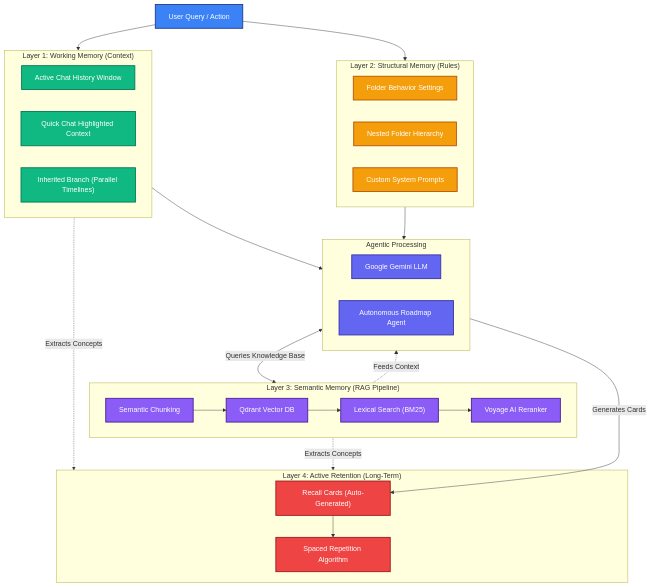
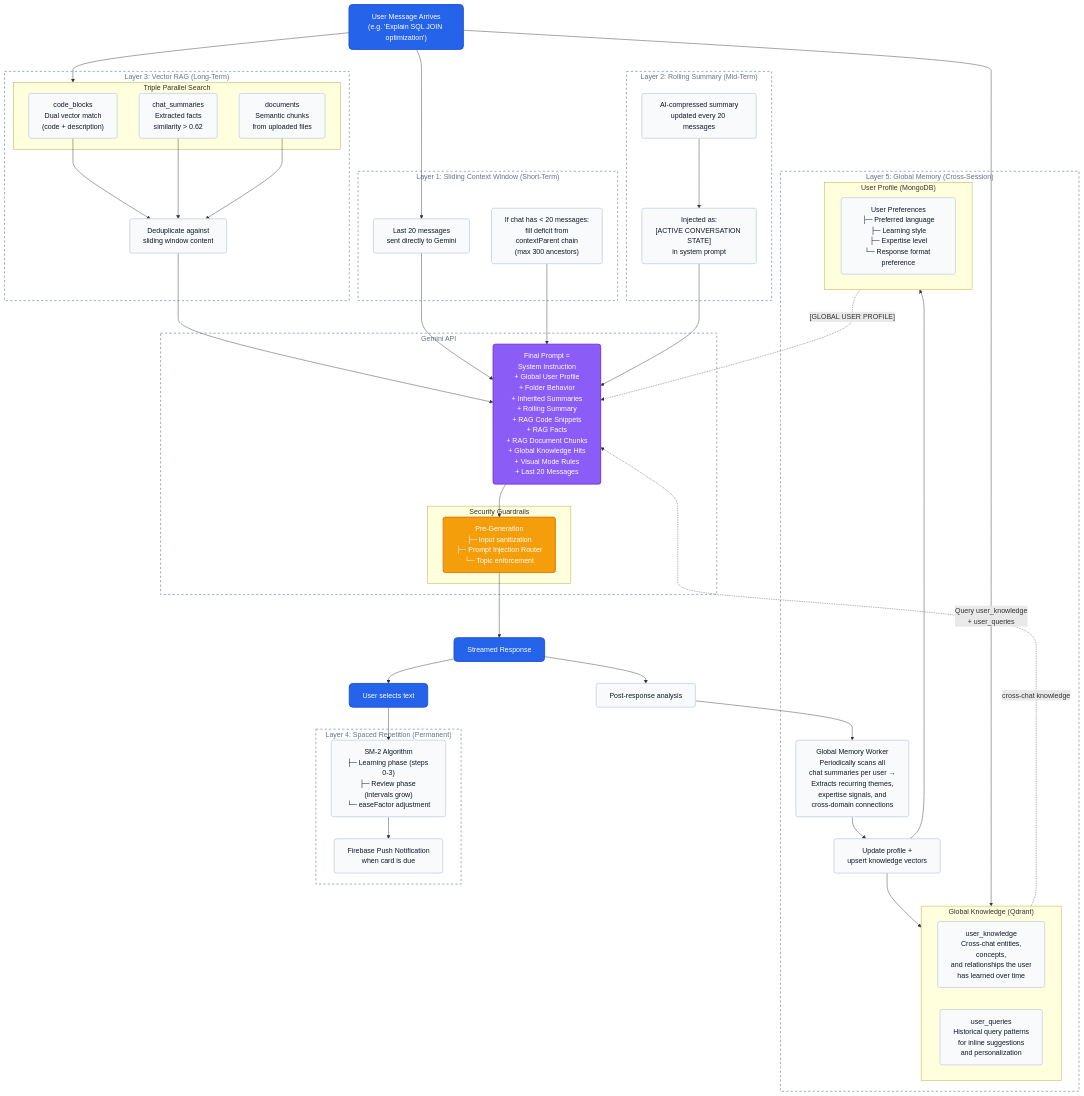
One commit to cjmatrix/Dendrite changed the diagram in memory_architecture.md. Above: the diagram before and after it, drawn with Mermaid. The commit also changed other lines of this file and 5 other files, not shown here.

````diff
--- a/memory_architecture.md
+++ b/memory_architecture.md
@@ -5,63 +5,104 @@
 ```mermaid
 graph TD
-    %% Define Styles
-    classDef user fill:#3b82f6,stroke:#1e3a8a,stroke-width:2px,color:#fff
-    classDef layer1 fill:#10b981,stroke:#047857,stroke-width:2px,color:#fff
-    classDef layer2 fill:#f59e0b,stroke:#b45309,stroke-width:2px,color:#fff
-    classDef layer3 fill:#8b5cf6,stroke:#4c1d95,stroke-width:2px,color:#fff
-    classDef layer4 fill:#ef4444,stroke:#991b1b,stroke-width:2px,color:#fff
-    classDef ai fill:#6366f1,stroke:#3730a3,stroke-width:2px,color:#fff
+    %% Define Professional Styles (Tailwind Inspired)
+    classDef user fill:#2563eb,stroke:#1d4ed8,stroke-width:2px,color:#ffffff,rx:8,ry:8
+    classDef innerProcess fill:#f8fafc,stroke:#cbd5e1,stroke-width:2px,color:#0f172a,rx:5,ry:5
+    classDef layerBox fill:none,stroke:#94a3b8,stroke-width:2px,stroke-dasharray: 5 5,color:#64748b
+    classDef guardrails fill:#f59e0b,stroke:#d97706,stroke-width:2px,color:#ffffff,rx:5,ry:5
+    classDef prompt fill:#8b5cf6,stroke:#6d28d9,stroke-width:2px,color:#ffffff,rx:5,ry:5
+    
+    UserMsg["User Message Arrives<br/>(e.g. 'Explain SQL JOIN optimization')"]:::user
 
-    User["User Query / Action"]:::user
-
-    subgraph Layer1 ["Layer 1: Working Memory (Context)"]
-        ChatContext["Active Chat History Window"]:::layer1
-        QuickChat["Quick Chat Highlighted Context"]:::layer1
-        InheritBranch["Inherited Branch (Parallel Timelines)"]:::layer1
+    %% Layer 3: Vector RAG (Long-Term)
+    subgraph L3 ["Layer 3: Vector RAG (Long-Term)"]
+        subgraph TPS ["Triple Parallel Search"]
+            L3_Code["code_blocks<br/>Dual vector match<br/>(code + description)"]:::innerProcess
+            L3_Chat["chat_summaries<br/>Extracted facts<br/>similarity > 0.62"]:::innerProcess
+            L3_Docs["documents<br/>Semantic chunks<br/>from uploaded files"]:::innerProcess
+        end
+        L3_Dedup["Deduplicate against<br/>sliding window content"]:::innerProcess
+        
+        L3_Code --> L3_Dedup
+        L3_Chat --> L3_Dedup
+        L3_Docs --> L3_Dedup
     end
 
-    subgraph Layer2 ["Layer 2: Structural Memory (Rules)"]
-        FolderBehavior["Folder Behavior Settings"]:::layer2
-        NestedStructure["Nested Folder Hierarchy"]:::layer2
-        SystemPrompt["Custom System Prompts"]:::layer2
+    %% Layer 1: Sliding Context Window
+    subgraph L1 ["Layer 1: Sliding Context Window (Short-Term)"]
+        L1_Window["Last 20 messages<br/>sent directly to Gemini"]:::innerProcess
+        L1_Deficit["If chat has < 20 messages:<br/>fill deficit from<br/>contextParent chain<br/>(max 300 ancestors)"]:::innerProcess
     end
 
-    subgraph Layer3 ["Layer 3: Semantic Memory (RAG Pipeline)"]
-        BM25["Lexical Search (BM25)"]:::layer3
-        SemanticChunk["Semantic Chunking"]:::layer3
-        VoyageReranker["Voyage AI Reranker"]:::layer3
-        Qdrant["Qdrant Vector DB"]:::layer3
-        
-        SemanticChunk --> Qdrant
-        Qdrant --> BM25
-        BM25 --> VoyageReranker
+    %% Layer 2: Rolling Summary
+    subgraph L2 ["Layer 2: Rolling Summary (Mid-Term)"]
+        L2_Summary["AI-compressed summary<br/>updated every 20 messages"]:::innerProcess
+        L2_Inject["Injected as:<br/>[ACTIVE CONVERSATION STATE]<br/>in system prompt"]:::innerProcess
+        L2_Summary --> L2_Inject
     end
 
-    subgraph Layer4 ["Layer 4: Active Retention (Long-Term)"]
-        RecallCards["Recall Cards (Auto-Generated)"]:::layer4
-        SpacedRepetition["Spaced Repetition Algorithm"]:::layer4
+    %% Layer 5: Global Memory
+    subgraph L5 ["Layer 5: Global Memory (Cross-Session)"]
+        L5_Worker["Global Memory Worker<br/>Periodically scans all<br/>chat summaries per user →<br/>Extracts recurring themes,<br/>expertise signals, and<br/>cross-domain connections"]:::innerProcess
         
-        RecallCards --> SpacedRepetition
+        L5_Update["Update profile +<br/>upsert knowledge vectors"]:::innerProcess
+        
+        subgraph L5_Qdrant ["Global Knowledge (Qdrant)"]
+            L5_UK["user_knowledge<br/>Cross-chat entities,<br/>concepts,<br/>and relationships the user<br/>has learned over time"]:::innerProcess
+            L5_UQ["user_queries<br/>Historical query patterns<br/>for inline suggestions<br/>and personalization"]:::innerProcess
+        end
+        
+        subgraph L5_Mongo ["User Profile (MongoDB)"]
+            L5_Prefs["User Preferences<br/>├─ Preferred language<br/>├─ Learning style<br/>├─ Expertise level<br/>└─ Response format preference"]:::innerProcess
+        end
+        
+        L5_Worker --> L5_Update
+        L5_Update --> L5_Qdrant
+        L5_Update --> L5_Mongo
     end
 
-    subgraph Intelligence ["Agentic Processing"]
-        Gemini["Google Gemini LLM"]:::ai
-        RoadmapAgent["Autonomous Roadmap Agent"]:::ai
+    %% Core Gemini API & Guardrails
+    subgraph GeminiAPI ["Gemini API"]
+        Prompt["Final Prompt =<br/>System Instruction<br/>+ Global User Profile<br/>+ Folder Behavior<br/>+ Inherited Summaries<br/>+ Rolling Summary<br/>+ RAG Code Snippets<br/>+ RAG Facts<br/>+ RAG Document Chunks<br/>+ Global Knowledge Hits<br/>+ Visual Mode Rules<br/>+ Last 20 Messages"]:::prompt
+        
+        subgraph NeMo ["Security Guardrails"]
+            PreGen["Pre-Generation<br/>├─ Input sanitization<br/>├─ Prompt Injection Router<br/>└─ Topic enforcement"]:::guardrails
+        end
+        Prompt --> PreGen
     end
 
-    %% Flow of Data
-    User --> Layer1
-    User --> Layer2
+    %% Response Flow
+    Stream["Streamed Response"]:::user
+    PostAnalysis["Post-response analysis"]:::innerProcess
+    UserSelect["User selects text"]:::user
+
+    %% Layer 4: Spaced Repetition
+    subgraph L4 ["Layer 4: Spaced Repetition (Permanent)"]
+        L4_SM2["SM-2 Algorithm<br/>├─ Learning phase (steps 0-3)<br/>├─ Review phase (intervals grow)<br/>└─ easeFactor adjustment"]:::innerProcess
+        L4_Push["Firebase Push Notification<br/>when card is due"]:::innerProcess
+        L4_SM2 --> L4_Push
+    end
+
+    %% Routing / Connections
+    UserMsg --> TPS
+    UserMsg --> L1_Window
+    UserMsg -->|Query user_knowledge<br/>+ user_queries| L5_Qdrant
     
-    Layer1 --> Intelligence
-    Layer2 --> Intelligence
+    L3_Dedup --> Prompt
+    L1_Window --> Prompt
+    L1_Deficit --> Prompt
+    L2_Inject --> Prompt
     
-    %% Semantic retrieval requested by AI or User
-    Intelligence <-->|Queries Knowledge Base| Layer3
-    Layer3 -.->|Feeds Context| Intelligence
+    L5_Mongo -.->|"[GLOBAL USER PROFILE]"| Prompt
+    L5_Qdrant -.->|cross-chat knowledge| Prompt
     
-    %% Converting raw chat/docs into flashcards
-    Layer1 -.->|Extracts Concepts| Layer4
-    Layer3 -.->|Extracts Concepts| Layer4
-    Intelligence -->|Generates Cards| RecallCards
+    PreGen --> Stream
+    
+    Stream --> PostAnalysis
+    PostAnalysis --> L5_Worker
+    
+    Stream --> UserSelect
+    UserSelect --> L4_SM2
+
+    %% Assign styles to subgraphs
+    class L1,L2,L3,L4,L5,GeminiAPI layerBox
 ```
````
